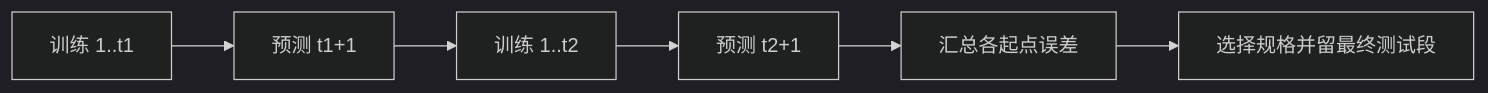
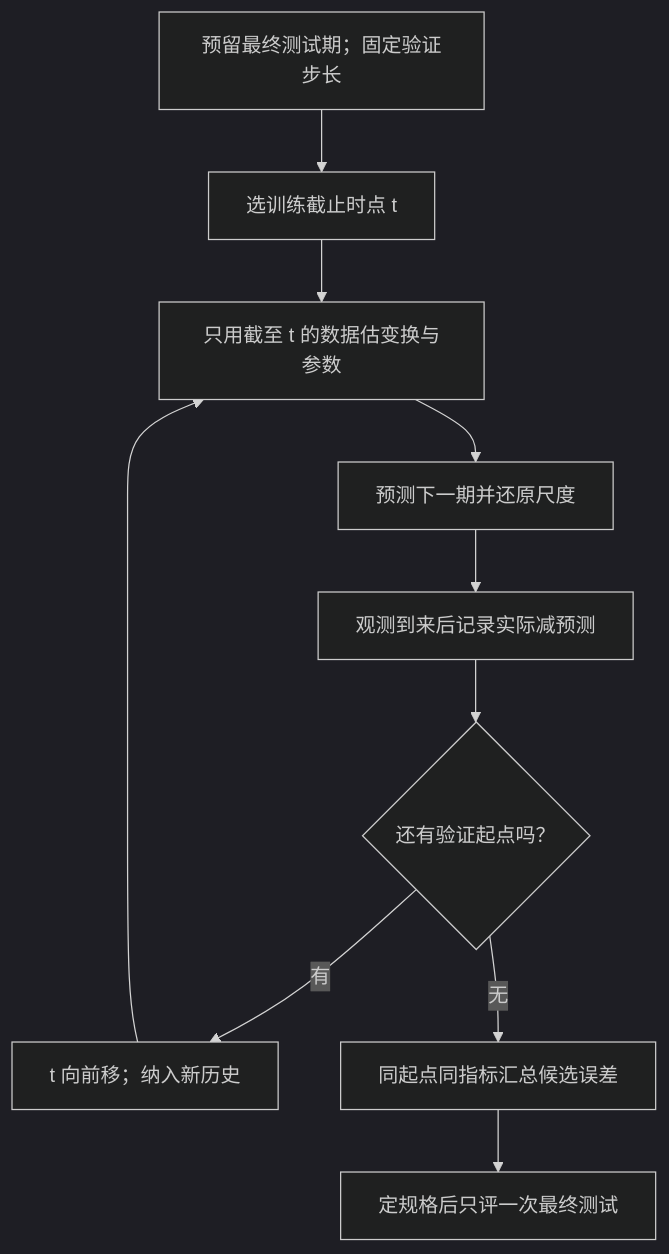
The second of 3 diagrams in IS6400_Business_Data_Analytics/notes/M08-时间序列II-自相关差分与ARIMA.md (CercaTrovato/cityu-ai-course-notes), drawn with Mermaid (dark theme) before and after one commit. The commit also changed other lines of this file and 189 other files, not shown here.

````diff
--- a/IS6400_Business_Data_Analytics/notes/M08-时间序列II-自相关差分与ARIMA.md
+++ b/IS6400_Business_Data_Analytics/notes/M08-时间序列II-自相关差分与ARIMA.md
@@ -721,8 +955,12 @@
 ```mermaid
-flowchart LR
-    A[训练 1..t1] --> B[预测 t1+1]
-    B --> C[训练 1..t2]
-    C --> D[预测 t2+1]
-    D --> E[汇总各起点误差]
-    E --> F[选择规格并留最终测试段]
+flowchart TD
+    A[预留最终测试期；固定验证步长] --> B[选训练截止时点 t]
+    B --> C[只用截至 t 的数据估变换与参数]
+    C --> D[预测下一期并还原尺度]
+    D --> E[观测到来后记录实际减预测]
+    E --> F{还有验证起点吗？}
+    F -->|有| G[t 向前移；纳入新历史]
+    G --> C
+    F -->|无| H[同起点同指标汇总候选误差]
+    H --> I[定规格后只评一次最终测试]
 ```
````
